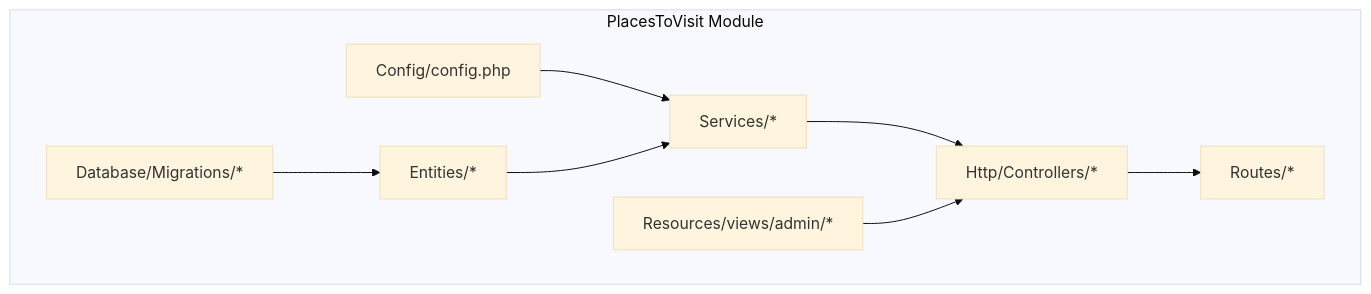
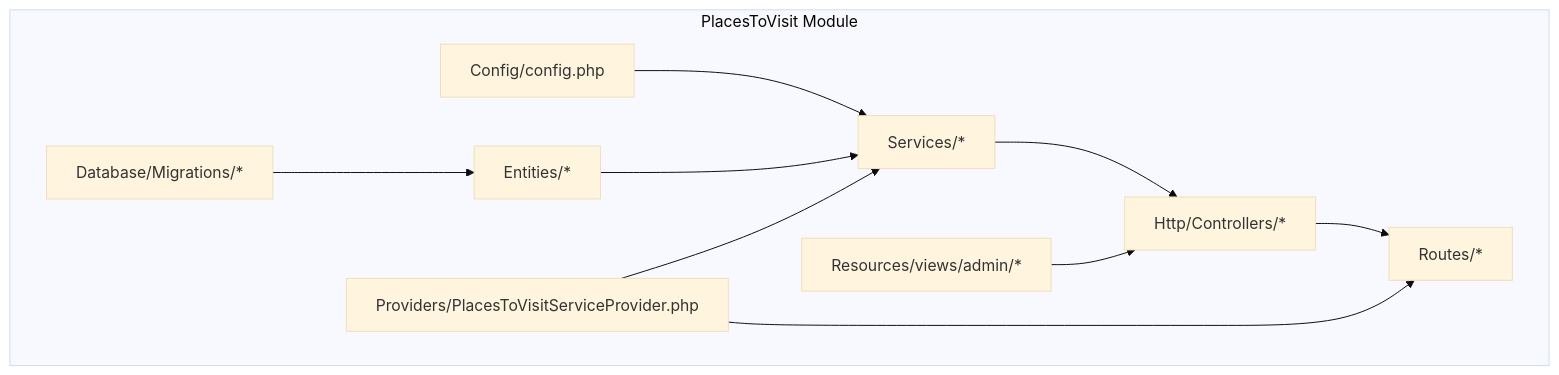
The first of 8 diagrams in .qoder/repowiki/en/content/Business Modules/PlacesToVisit Module/PlacesToVisit Module.md (Hamdies/waddy_back), drawn with Mermaid (base theme) before and after one commit. The commit also changed other lines of this file and 3 other files, not shown here.

Commit message:
Fix PlacesToVisit route loading with proper RouteServiceProvider

````diff
--- a/.qoder/repowiki/en/content/Business Modules/PlacesToVisit Module/PlacesToVisit Module.md
+++ b/.qoder/repowiki/en/content/Business Modules/PlacesToVisit Module/PlacesToVisit Module.md
@@ -87,18 +94,21 @@
 ```mermaid
 graph TB
 subgraph "PlacesToVisit Module"
 Config["Config/config.php"]
 Entities["Entities/*"]
 Services["Services/*"]
 Controllers["Http/Controllers/*"]
 Routes["Routes/*"]
 DB["Database/Migrations/*"]
 Views["Resources/views/admin/*"]
+Provider["Providers/PlacesToVisitServiceProvider.php"]
 end
 Config --> Services
 Entities --> Services
 Services --> Controllers
 Controllers --> Routes
 DB --> Entities
 Views --> Controllers
+Provider --> Routes
+Provider --> Services
 ```
````
